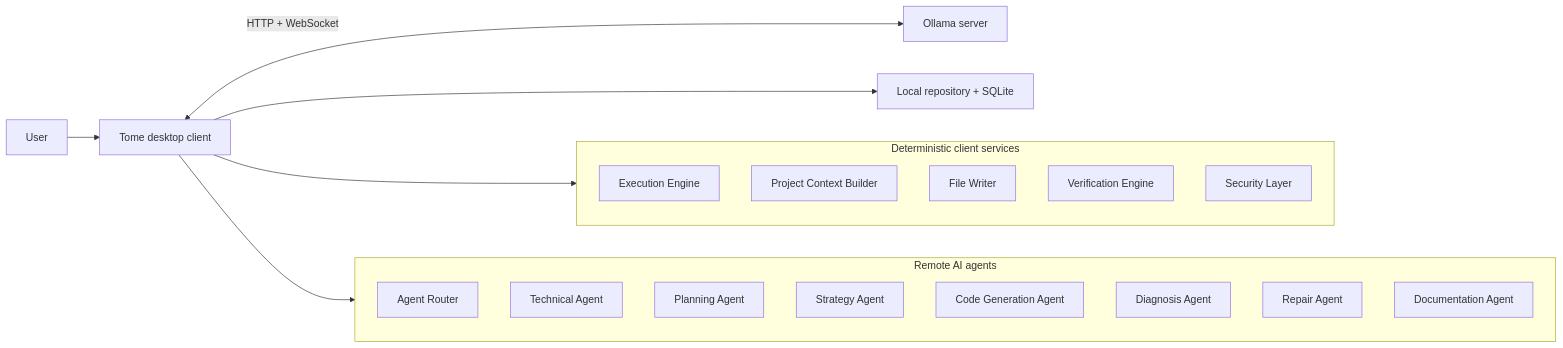
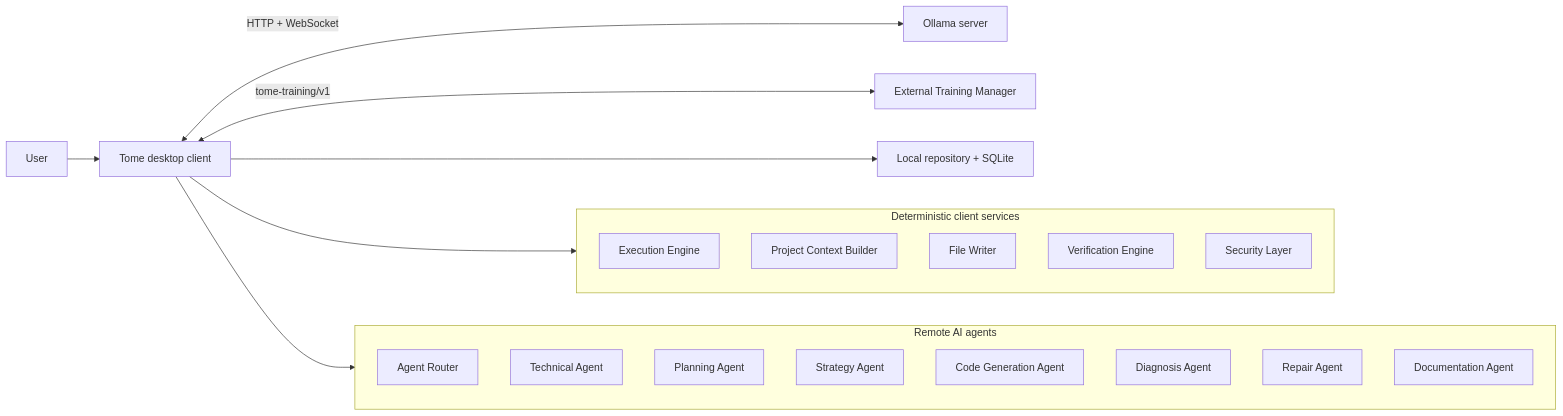
The diagram in README.md (khushanpoptani/Tome_V1), drawn with Mermaid before and after one commit. The commit also changed other lines of this file and 21 other files, not shown here.

````diff
--- a/README.md
+++ b/README.md
@@ -15,28 +17,29 @@
 ```mermaid
 flowchart LR
     User --> Desktop["Tome desktop client"]
     Desktop <-->|"HTTP + WebSocket"| Ollama["Ollama server"]
+    Desktop <-->|"tome-training/v1"| Training["External Training Manager"]
     Desktop --> Local["Local repository + SQLite"]
 
     subgraph Client["Deterministic client services"]
         Engine["Execution Engine"]
         Context["Project Context Builder"]
         Writer["File Writer"]
         Verify["Verification Engine"]
         Security["Security Layer"]
     end
 
     subgraph Server["Remote AI agents"]
         Router["Agent Router"]
         Technical["Technical Agent"]
         Planning["Planning Agent"]
         Strategy["Strategy Agent"]
         Codegen["Code Generation Agent"]
         Diagnosis["Diagnosis Agent"]
         Repair["Repair Agent"]
         Documentation["Documentation Agent"]
     end
 
     Desktop --> Client
     Desktop --> Server
 ```
````
